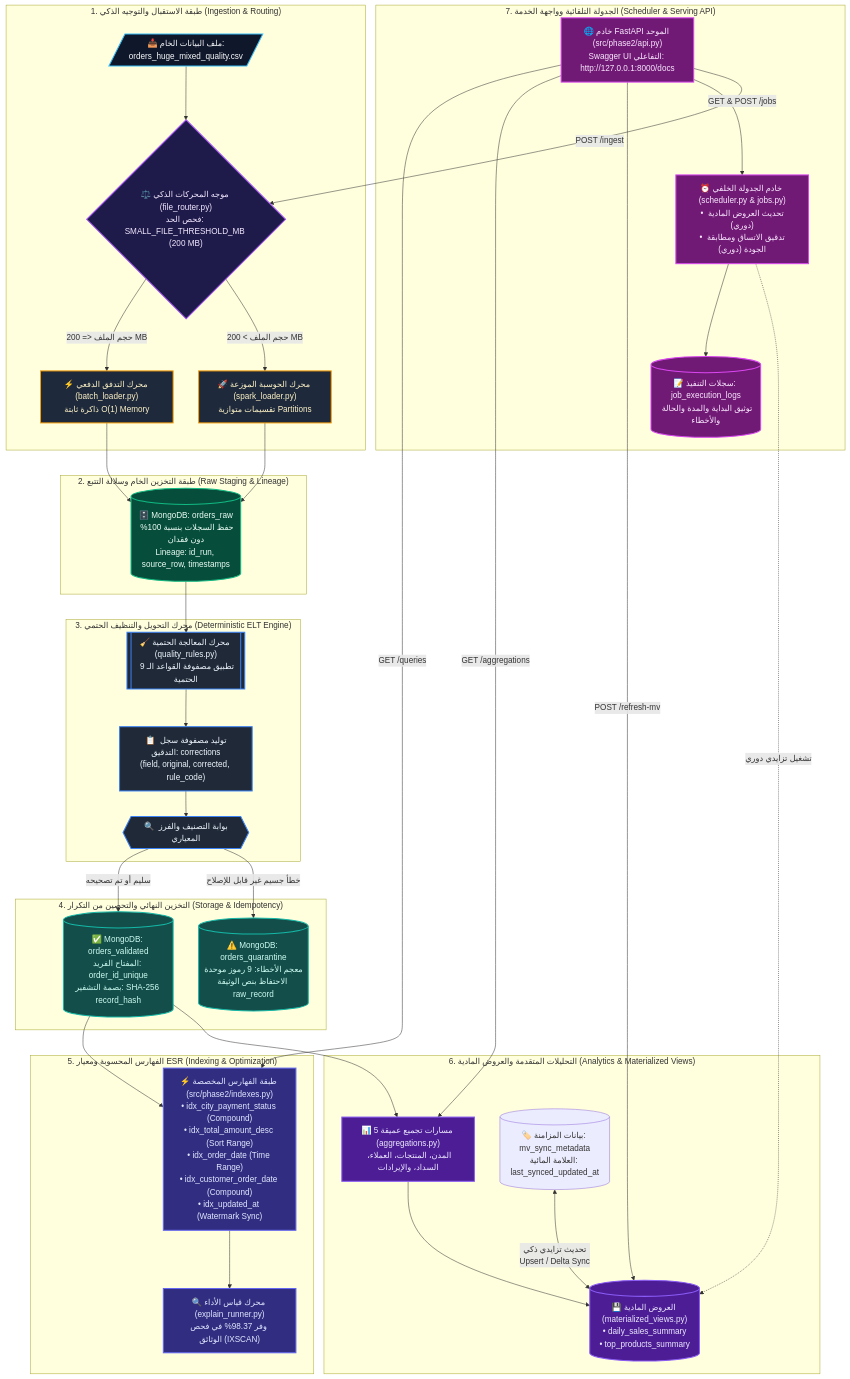
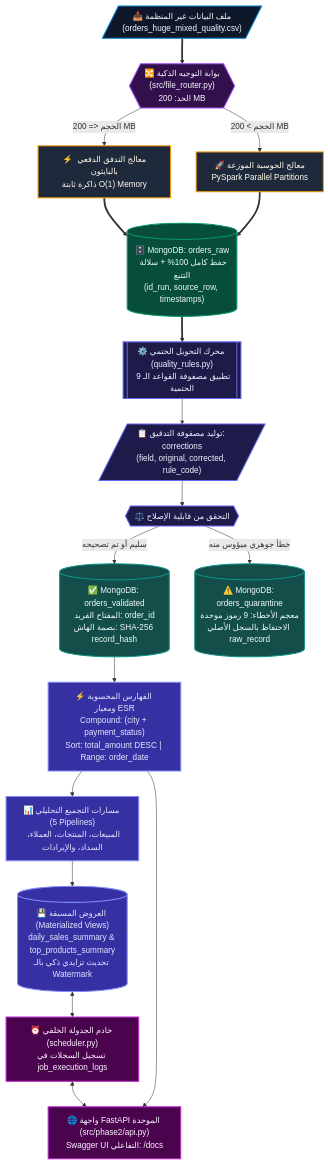
One commit to maaajedlx-lang/midterm-data-pipeline changed the diagram in README.md. Above: the diagram before and after it, drawn with Mermaid. The commit also changed other lines of this file, not shown here.

Commit message:
docs: restructure README with unique custom architecture and distinct visual identity

````diff
--- a/README.md
+++ b/README.md
@@ -71,68 +71,42 @@
 ```mermaid
-flowchart TD
-    %% أنماط التصميم المتناسقة
-    classDef inputTier fill:#0f172a,stroke:#38bdf8,stroke-width:2px,color:#f8fafc;
-    classDef routerTier fill:#1e1b4b,stroke:#a855f7,stroke-width:2px,color:#f3e8ff;
-    classDef engineTier fill:#1e293b,stroke:#f59e0b,stroke-width:2px,color:#fef3c7;
-    classDef rawTier fill:#064e3b,stroke:#10b981,stroke-width:2px,color:#ecfdf5;
-    classDef eltTier fill:#1f2937,stroke:#3b82f6,stroke-width:2px,color:#eff6ff;
-    classDef storeTier fill:#134e4a,stroke:#14b8a6,stroke-width:2px,color:#ccfbf1;
-    classDef indexTier fill:#312e81,stroke:#6366f1,stroke-width:2px,color:#e0e7ff;
-    classDef viewTier fill:#4c1d95,stroke:#8b5cf6,stroke-width:2px,color:#ede9fe;
-    classDef serveTier fill:#701a75,stroke:#d946ef,stroke-width:2px,color:#fae8ff;
+graph TD
+    classDef sourceStyle fill:#0f172a,stroke:#0284c7,stroke-width:2px,color:#f8fafc;
+    classDef routerStyle fill:#31104b,stroke:#a855f7,stroke-width:2px,color:#faf5ff;
+    classDef workerStyle fill:#1e293b,stroke:#f59e0b,stroke-width:2px,color:#fffbeb;
+    classDef rawStore fill:#064e3b,stroke:#059669,stroke-width:2px,color:#ecfdf5;
+    classDef transformStyle fill:#1e1b4b,stroke:#6366f1,stroke-width:2px,color:#eef2ff;
+    classDef targetStore fill:#134e4a,stroke:#0d9488,stroke-width:2px,color:#f0fdfa;
+    classDef queryStyle fill:#3730a3,stroke:#818cf8,stroke-width:2px,color:#e0e7ff;
+    classDef apiStyle fill:#4a044e,stroke:#c026d3,stroke-width:2px,color:#fdf4ff;
 
-    %% الطبقة الأولى: الإدخال والتوجيه
-    subgraph S1 [" 1. طبقة الاستقبال والتوجيه الذكي (Ingestion & Routing) "]
-        FILE_SRC[/"📥 ملف البيانات الخام:<br/>orders_huge_mixed_quality.csv"/]:::inputTier
-        ROUTER{"⚖️ موجه المحركات الذكي (file_router.py)<br/>فحص الحد: SMALL_FILE_THRESHOLD_MB (200 MB)"}:::routerTier
-        FILE_SRC --> ROUTER
-        ROUTER -- "حجم الملف <= 200 MB" --> ENG_STREAM["⚡ محرك التدفق الدفعي (batch_loader.py)<br/>ذاكرة ثابتة O(1) Memory"]:::engineTier
-        ROUTER -- "حجم الملف > 200 MB" --> ENG_SPARK["🚀 محرك الحوسبة الموزعة (spark_loader.py)<br/>تقسيمات متوازية Partitions"]:::engineTier
-    end
+    %% المدخلات والتوجيه
+    CSV_DATA[/"📥 ملف البيانات غير المنظمة<br/>(orders_huge_mixed_quality.csv)"/]:::sourceStyle
+    ROUTER_GATE{{"🔀 بوابة التوجيه الذكية<br/>(src/file_router.py)<br/>الحد: 200 MB"}}:::routerStyle
 
-    %% الطبقة الثانية: التخزين الخام وسلالة البيانات
-    subgraph S2 [" 2. طبقة التخزين الخام وسلالة التتبع (Raw Staging & Lineage) "]
-        ENG_STREAM --> RAW_DB[("🗄️ MongoDB: orders_raw<br/>حفظ السجلات بنسبة 100% دون فقدان<br/>Lineage: id_run, source_row, timestamps")]:::rawTier
-        ENG_SPARK --> RAW_DB
-    end
+    CSV_DATA ==> ROUTER_GATE
+    ROUTER_GATE -- "الحجم <= 200 MB" --> STREAM_ENG["⚡ معالج التدفق الدفعي بالبايثون<br/>ذاكرة ثابتة O(1) Memory"]:::workerStyle
+    ROUTER_GATE -- "الحجم > 200 MB" --> SPARK_ENG["🚀 معالج الحوسبة الموزعة<br/>PySpark Parallel Partitions"]:::workerStyle
 
-    %% الطبقة الثالثة: التحويل الحتمي وقواعد الجودة
-    subgraph S3 [" 3. محرك التحويل والتنظيف الحتمي (Deterministic ELT Engine) "]
-        RAW_DB --> ELT_CORE[["🧹 محرك المعالجة الحتمية (quality_rules.py)<br/>تطبيق مصفوفة القواعد الـ 9 الحتمية"]]:::eltTier
-        ELT_CORE --> AUDIT["📋 توليد مصفوفة سجل التدقيق: corrections<br/>(field, original, corrected, rule_code)"]:::eltTier
-        AUDIT --> CLASSIFY{{"🔍 بوابة التصنيف والفرز المعياري"}}:::eltTier
-    end
+    %% التخزين الخام
+    STREAM_ENG ==> RAW_COLL[("🗄️ MongoDB: orders_raw<br/>حفظ كامل 100% + سلالة التتبع<br/>(id_run, source_row, timestamps)")]:::rawStore
+    SPARK_ENG ==> RAW_COLL
 
-    %% الطبقة الرابعة: التخزين النهائي والتحصين
-    subgraph S4 [" 4. التخزين النهائي والتحصين من التكرار (Storage & Idempotency) "]
-        CLASSIFY -- "سليم أو تم تصحيحه" --> VAL_DB[("✅ MongoDB: orders_validated<br/>المفتاح الفريد: order_id_unique<br/>بصمة التشفير: SHA-256 record_hash")]:::storeTier
-        CLASSIFY -- "خطأ جسيم غير قابل للإصلاح" --> QUAR_DB[("⚠️ MongoDB: orders_quarantine<br/>معجم الأخطاء: 9 رموز موحدة<br/>الاحتفاظ بنص الوثيقة raw_record")]:::storeTier
-    end
+    %% دورة التحويل والتنظيف
+    RAW_COLL ==> TRANSFORM_UNIT[["⚙️ محرك التحويل الحتمي (quality_rules.py)<br/>تطبيق مصفوفة القواعد الـ 9 الحتمية"]]:::transformStyle
+    TRANSFORM_UNIT --> AUDIT_LOG[/"📋 توليد مصفوفة التدقيق: corrections<br/>(field, original, corrected, rule_code)"/]:::transformStyle
+    AUDIT_LOG --> DECISION_GATE{{"⚖️ التحقق من قابلية الإصلاح"}}:::transformStyle
 
-    %% الطبقة الخامسة: الفهارس المركبة والتحسين
-    subgraph S5 [" 5. الفهارس المحسوبة ومعيار ESR (Indexing & Optimization) "]
-        VAL_DB --> IDX_CORE["⚡ طبقة الفهارس المخصصة (src/phase2/indexes.py)<br/>• idx_city_payment_status (Compound)<br/>• idx_total_amount_desc (Sort Range)<br/>• idx_order_date (Time Range)<br/>• idx_customer_order_date (Compound)<br/>• idx_updated_at (Watermark Sync)"]:::indexTier
-        IDX_CORE --> EXPLAIN_TOOL["🔍 محرك قياس الأداء (explain_runner.py)<br/>وفر 98.37% في فحص الوثائق (IXSCAN)"]:::indexTier
-    end
+    %% مستودعات التخزين النهائي
+    DECISION_GATE -- "سليم أو تم تصحيحه" --> VALID_COLL[("✅ MongoDB: orders_validated<br/>المفتاح الفريد: order_id<br/>بصمة الهاش: SHA-256 record_hash")]:::targetStore
+    DECISION_GATE -- "خطأ جوهري ميؤوس منه" --> QUAR_COLL[("⚠️ MongoDB: orders_quarantine<br/>معجم الأخطاء: 9 رموز موحدة<br/>الاحتفاظ بالسجل الأصلي raw_record")]:::targetStore
 
-    %% الطبقة السادسة: التحليلات والعروض المادية
-    subgraph S6 [" 6. التحليلات المتقدمة والعروض المادية (Analytics & Materialized Views) "]
-        VAL_DB --> AGG_ENGINE["📊 5 مسارات تجميع عميقة (aggregations.py)<br/>المدن، المنتجات، العملاء، السداد، والإيرادات"]:::viewTier
-        AGG_ENGINE --> MV_STORE[("💾 العروض المادية (materialized_views.py)<br/>• daily_sales_summary<br/>• top_products_summary")]:::viewTier
-        MV_META[("🏷️ بيانات المزامنة: mv_sync_metadata<br/>العلامة المائية: last_synced_updated_at")] <-->|"تحديث تزايدي ذكي<br/>Upsert / Delta Sync"| MV_STORE
-    end
+    %% الطبقة التحليلية
+    VALID_COLL --> INDEX_LAYER["⚡ الفهارس المحسوبة ومعيار ESR<br/>Compound: (city + payment_status)<br/>Sort: total_amount DESC | Range: order_date"]:::queryStyle
+    INDEX_LAYER --> AGG_ENGINE["📊 مسارات التجميع التحليلي (5 Pipelines)<br/>المبيعات، المنتجات، العملاء، السداد، والإيرادات"]:::queryStyle
+    AGG_ENGINE --> MV_LAYER[("💾 العروض المسبقة (Materialized Views)<br/>daily_sales_summary & top_products_summary<br/>تحديث تزايدي ذكي بالـ Watermark")]:::queryStyle
 
-    %% الطبقة السابعة: الجدولة وخدمة واجهة الـ API
-    subgraph S7 [" 7. الجدولة التلقائية وواجهة الخدمة (Scheduler & Serving API) "]
-        SCHEDULER["⏰ خادم الجدولة الخلفي (scheduler.py & jobs.py)<br/>• تحديث العروض المادية (دوري)<br/>• تدقيق الاتساق ومطابقة الجودة (دوري)"]:::serveTier
-        SCHEDULER --> JLOG[("📝 سجلات التنفيذ: job_execution_logs<br/>توثيق البداية والمدة والحالة والأخطاء")]:::serveTier
-        SCHEDULER -.->|"تشغيل تزايدي دوري"| MV_STORE
-
-        FAST_API["🌐 خادم FastAPI الموحد (src/phase2/api.py)<br/>Swagger UI التفاعلي: http://127.0.0.1:8000/docs"]:::serveTier
-        FAST_API -->|"GET /queries"| IDX_CORE
-        FAST_API -->|"GET /aggregations"| AGG_ENGINE
-        FAST_API -->|"POST /refresh-mv"| MV_STORE
-        FAST_API -->|"GET & POST /jobs"| SCHEDULER
-        FAST_API -->|"POST /ingest"| ROUTER
-    end
+    %% خدمة واجهة التطبيقات
+    MV_LAYER <--> BACK_JOBS["⏰ خادم الجدولة الخلفي (scheduler.py)<br/>تسجيل السجلات في job_execution_logs"]:::apiStyle
+    BACK_JOBS <--> REST_GATEWAY["🌐 واجهة FastAPI الموحدة (src/phase2/api.py)<br/>Swagger UI التفاعلي: /docs"]:::apiStyle
+    INDEX_LAYER --> REST_GATEWAY
 ```
````
